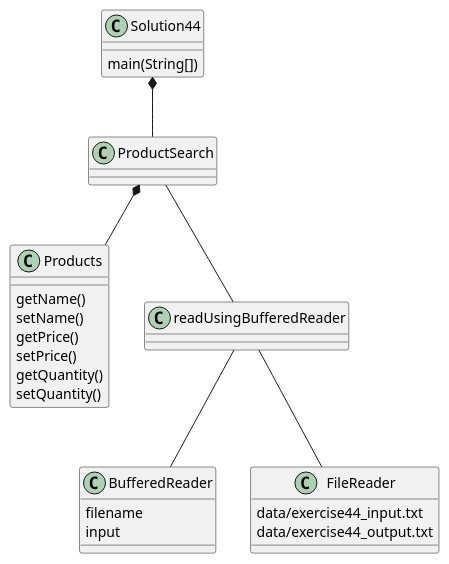
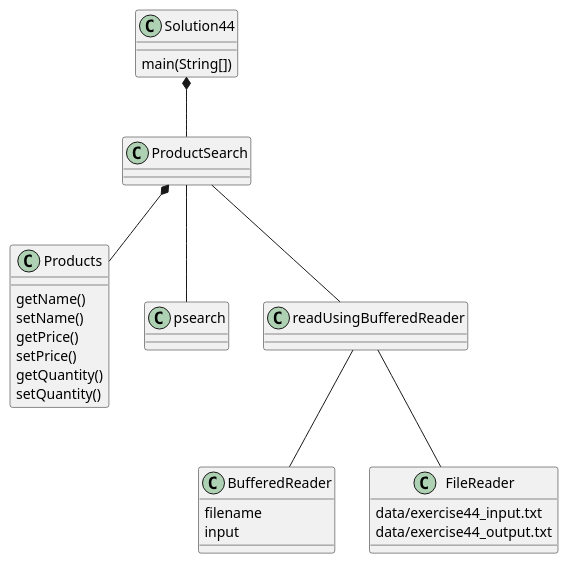
One commit to MohitBallikar/Ballikar-a04 changed the diagram in exercise44/docs/exercise44.puml. Above: the diagram before and after it, drawn with PlantUML.

Commit message:
uml edit and restructre pt2

```diff
--- a/exercise44/docs/exercise44.puml
+++ b/exercise44/docs/exercise44.puml
@@ -1,35 +1,36 @@
 @startuml
 class Solution44 {
     main(String[])
 }
 Solution44 *--ProductSearch
 
 class ProductSearch{
 
 }
 class Products{
 getName()
 setName()
 getPrice()
 setPrice()
 getQuantity()
 setQuantity()
 }
+ProductSearch -- psearch
 ProductSearch *-- Products
 ProductSearch -- readUsingBufferedReader
 readUsingBufferedReader -- BufferedReader
 readUsingBufferedReader -- FileReader
 
 class FileReader
 {
 data/exercise44_input.txt
 data/exercise44_output.txt
 }
 
 class BufferedReader
 {
 filename
 input
 }
 
 @enduml
```
